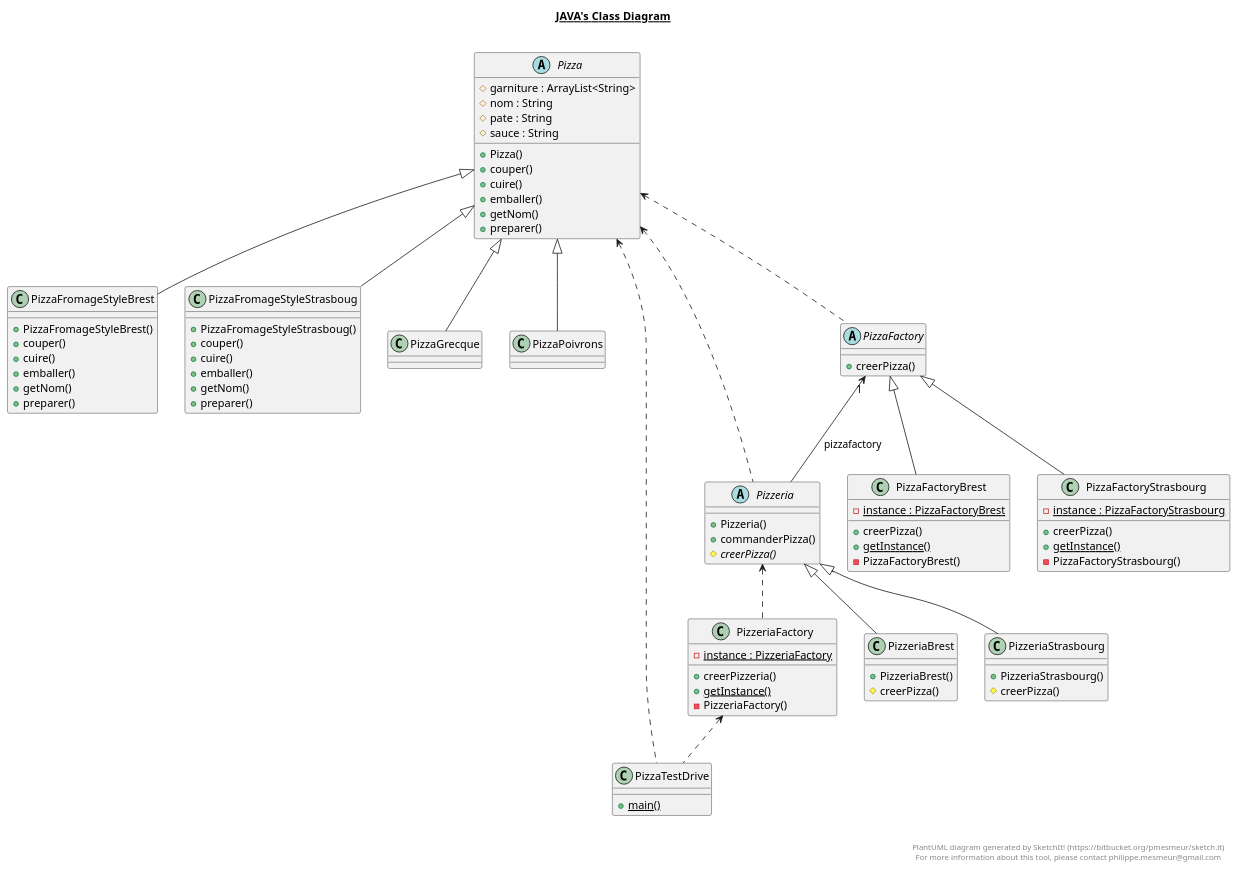
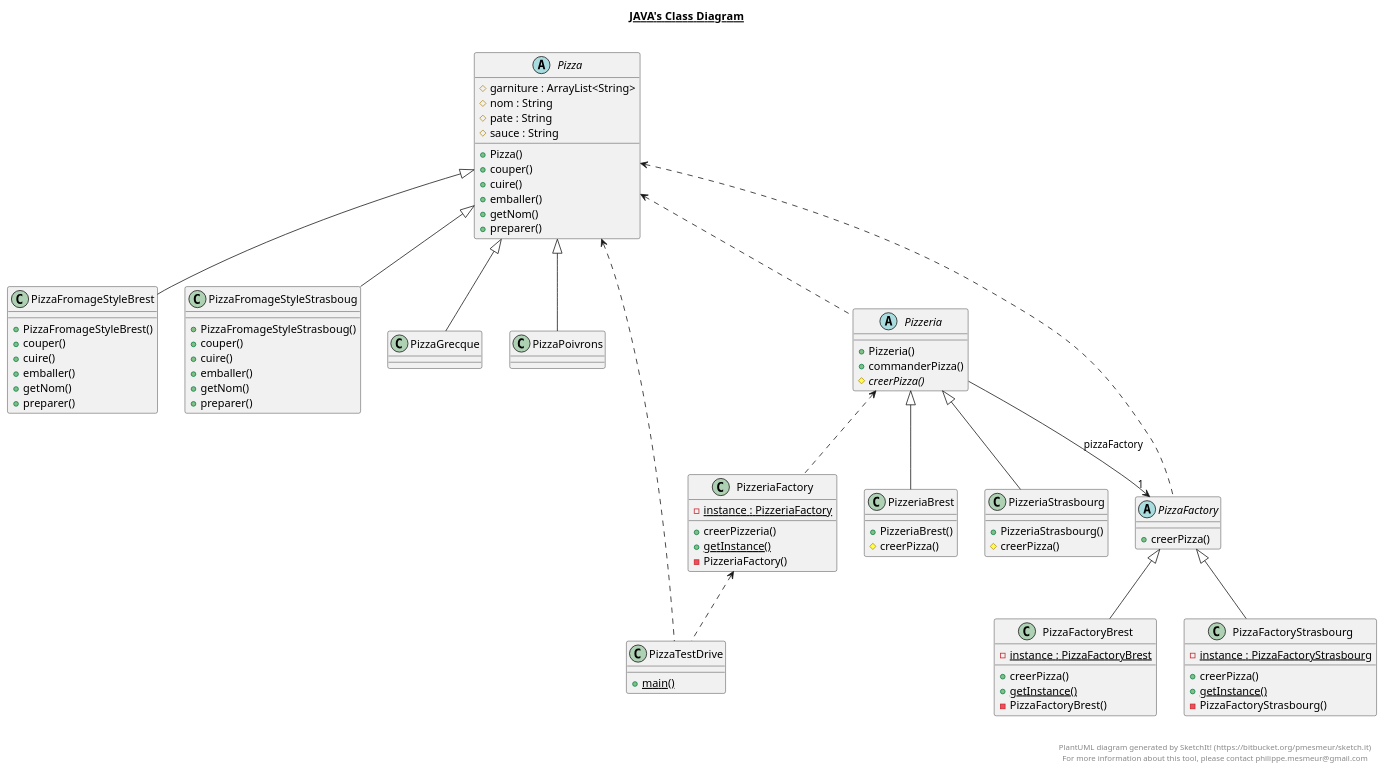
One commit to IUT-Blagnac/cpoa-tp3-Martin-Billard changed the diagram in docs/TP3.plantuml. Above: the diagram before and after it, drawn with PlantUML.

Commit message:
Modif plantuml

```diff
--- a/docs/TP3.plantuml
+++ b/docs/TP3.plantuml
@@ -1,144 +1,144 @@
 @startuml
 
 title __JAVA's Class Diagram__\n
 
     class PizzeriaFactory {
         {static} - instance : PizzeriaFactory
         + creerPizzeria()
         {static} + getInstance()
         - PizzeriaFactory()
     }
   
 
 
     abstract class Pizza {
         # garniture : ArrayList<String>
         # nom : String
         # pate : String
         # sauce : String
         + Pizza()
         + couper()
         + cuire()
         + emballer()
         + getNom()
         + preparer()
     }
 
   
 
 
     class PizzaFromageStyleBrest {
         + PizzaFromageStyleBrest()
         + couper()
         + cuire()
         + emballer()
         + getNom()
         + preparer()
     }
 
   
 
 
     class PizzaFromageStyleStrasboug {
         + PizzaFromageStyleStrasboug()
         + couper()
         + cuire()
         + emballer()
         + getNom()
         + preparer()
     }
 
   
 
     class PizzaGrecque {
     }
 
   
 
 
     class PizzaPoivrons {
     }
 
   
 
 
     class PizzaTestDrive {
         {static} + main()
     }
 
   
 
 
     abstract class Pizzeria {
         + Pizzeria()
         + commanderPizza()
         {abstract} # creerPizza()
     }
 
   
 
 
     class PizzeriaBrest {
         + PizzeriaBrest()
         # creerPizza()
     }
 
 
 
     class PizzeriaStrasbourg {
         + PizzeriaStrasbourg()
         # creerPizza()
     }
 
   
 
 
     abstract class PizzaFactory {
         + creerPizza()
     }
 
   
 
 
     class PizzaFactoryBrest {
         {static} - instance : PizzaFactoryBrest
         + creerPizza()
         {static} + getInstance()
         - PizzaFactoryBrest()
     }
 
   
 
 
     class PizzaFactoryStrasbourg {
         {static} - instance : PizzaFactoryStrasbourg
         + creerPizza()
         {static} + getInstance()
         - PizzaFactoryStrasbourg()
     }
 
   
 
   Pizza <|-- PizzaFromageStyleBrest
   Pizza <|-- PizzaFromageStyleStrasboug
   Pizza <|-- PizzaGrecque
   Pizza <|-- PizzaPoivrons
-  PizzaFactory"1" <-- Pizzeria : pizzafactory
+  Pizzeria --> "1" PizzaFactory : pizzaFactory
   Pizzeria <|-- PizzeriaBrest
   Pizzeria <|-- PizzeriaStrasbourg
   PizzaFactory <|-- PizzaFactoryBrest
   PizzaFactory <|-- PizzaFactoryStrasbourg
   Pizzeria <.. PizzeriaFactory
   PizzeriaFactory <.. PizzaTestDrive
   Pizza <.. PizzaTestDrive
   Pizza <.. PizzaFactory
   Pizza <.. Pizzeria
 
 right footer
 
 
 PlantUML diagram generated by SketchIt! (https://bitbucket.org/pmesmeur/sketch.it)
 For more information about this tool, please contact philippe.mesmeur@gmail.com
 endfooter
 
 @enduml
```
